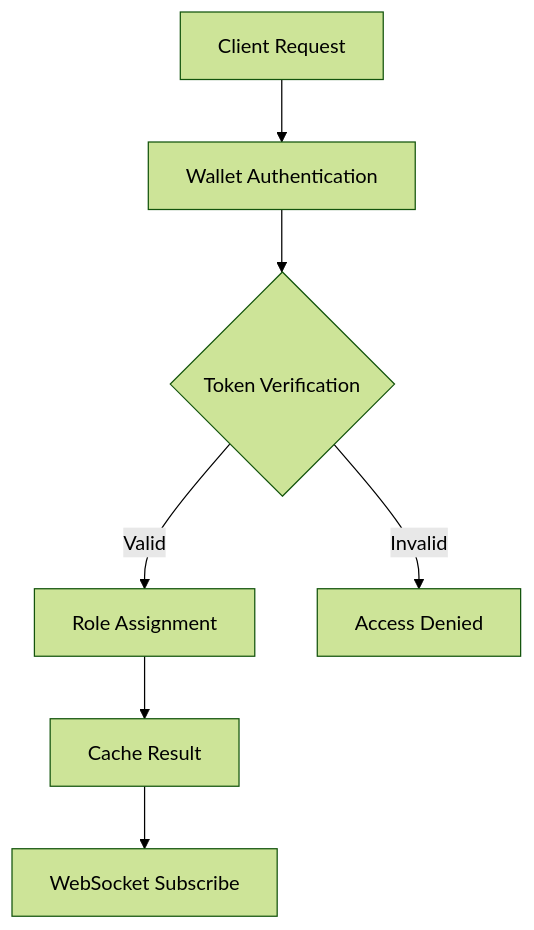
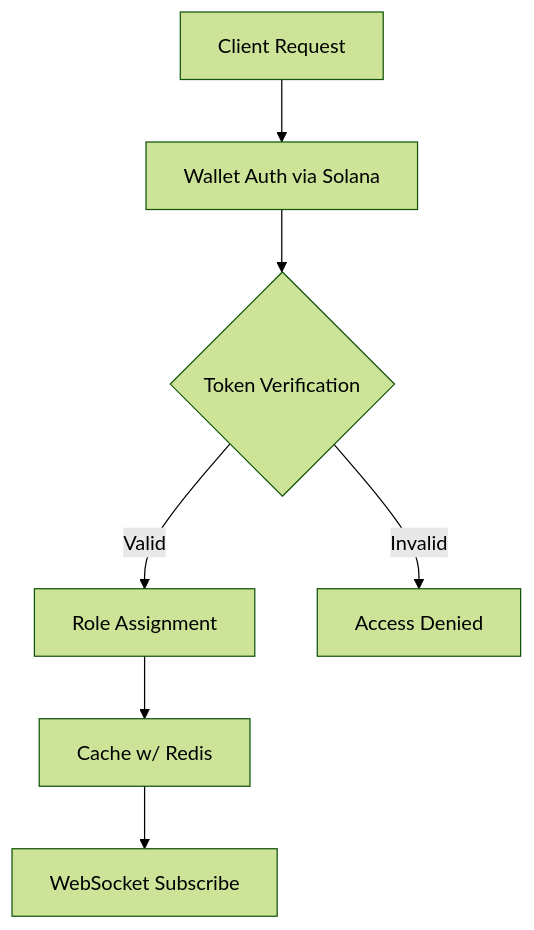
Before and after one commit to rolodexter/rolodexter3: the first of 3 diagrams in memory/rolodexterGPT-memory/architecture.md, drawn with Mermaid (forest theme). The commit also changed other lines of this file and 9 other files, not shown here.

````diff
--- a/memory/rolodexterGPT-memory/architecture.md
+++ b/memory/rolodexterGPT-memory/architecture.md
@@ -6,9 +7,9 @@
 ```mermaid
 graph TD
-    A[Client Request] --> B[Wallet Authentication]
+    A[Client Request] --> B[Wallet Auth via Solana]
     B --> C{Token Verification}
     C --> |Valid| D[Role Assignment]
     C --> |Invalid| E[Access Denied]
-    D --> F[Cache Result]
+    D --> F[Cache w/ Redis]
     F --> G[WebSocket Subscribe]
 ```
````
